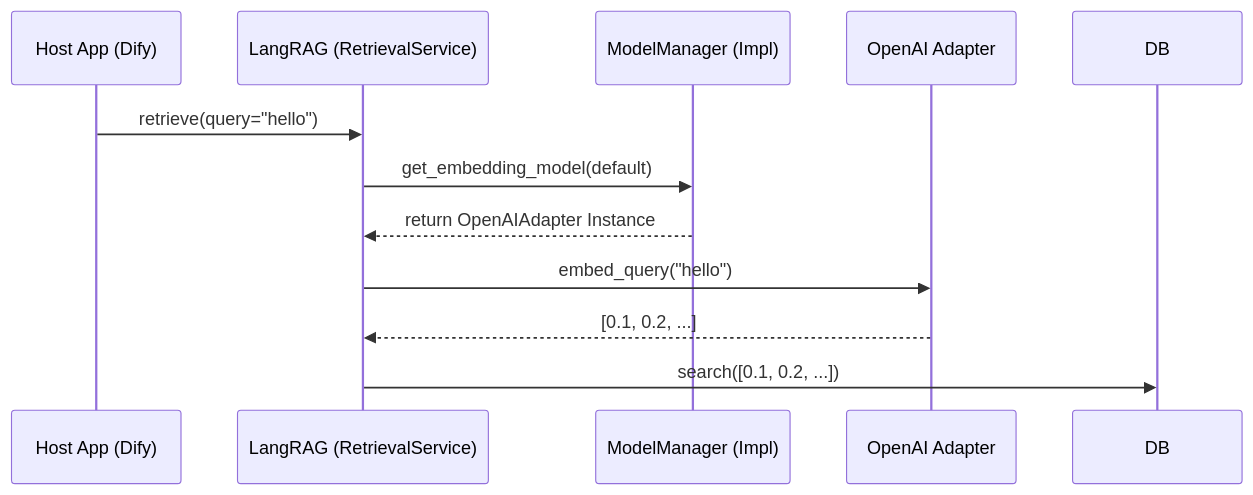
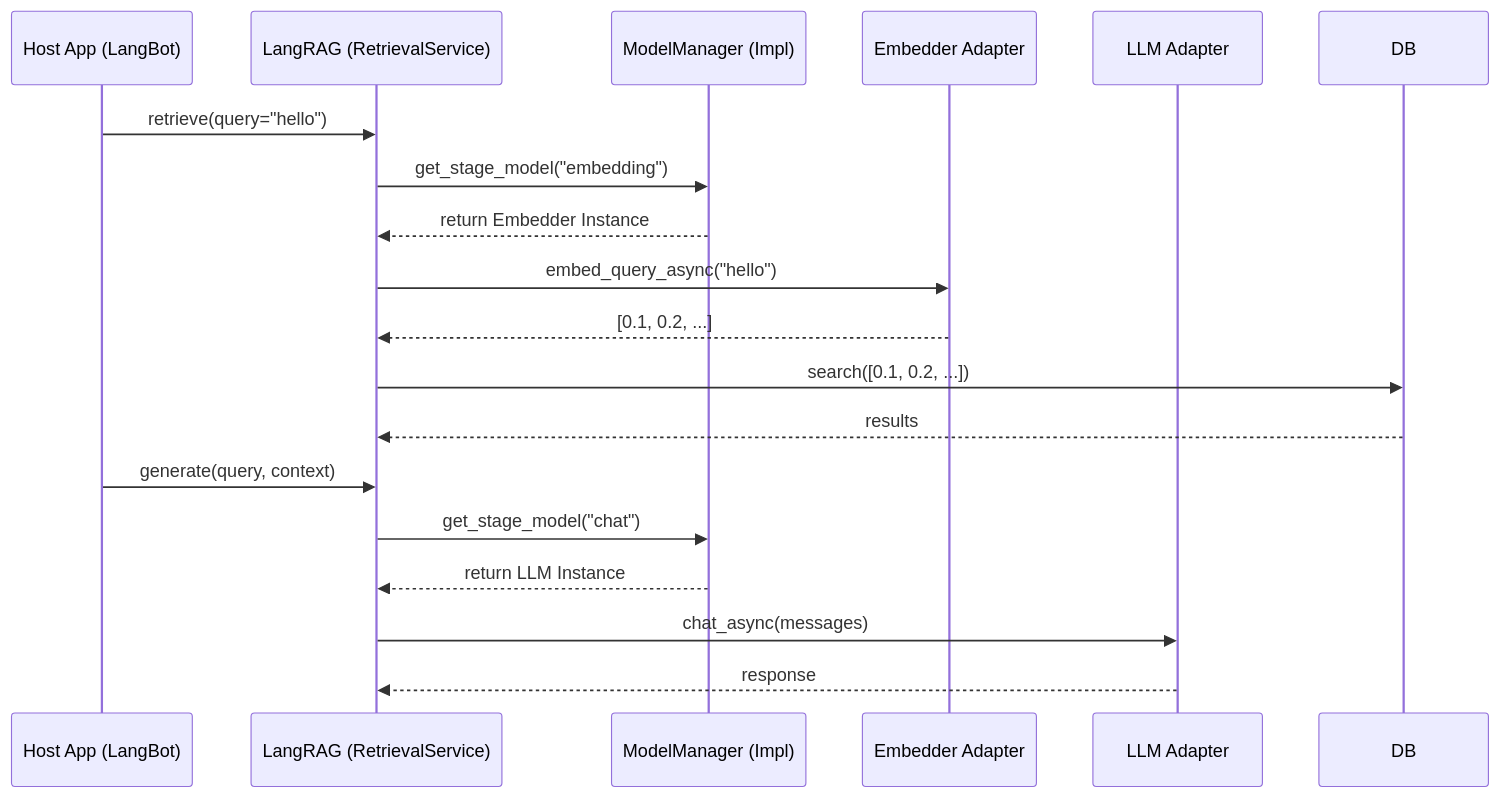
The diagram in src/langrag/llm/DESIGN.md (huanghuoguoguo/langrag), drawn with Mermaid before and after one commit. The commit also changed other lines of this file and 7 other files, not shown here.

````diff
--- a/src/langrag/llm/DESIGN.md
+++ b/src/langrag/llm/DESIGN.md
@@ -87,14 +201,22 @@
 ```mermaid
 sequenceDiagram
-    participant Host as Host App (Dify)
+    participant Host as Host App (LangBot)
     participant LR as LangRAG (RetrievalService)
     participant MM as ModelManager (Impl)
-    participant Model as OpenAI Adapter
+    participant Emb as Embedder Adapter
+    participant LLM as LLM Adapter
 
     Host->>LR: retrieve(query="hello")
-    LR->>MM: get_embedding_model(default)
-    MM-->>LR: return OpenAIAdapter Instance
-    LR->>Model: embed_query("hello")
-    Model-->>LR: [0.1, 0.2, ...]
+    LR->>MM: get_stage_model("embedding")
+    MM-->>LR: return Embedder Instance
+    LR->>Emb: embed_query_async("hello")
+    Emb-->>LR: [0.1, 0.2, ...]
     LR->>DB: search([0.1, 0.2, ...])
+    DB-->>LR: results
+
+    Host->>LR: generate(query, context)
+    LR->>MM: get_stage_model("chat")
+    MM-->>LR: return LLM Instance
+    LR->>LLM: chat_async(messages)
+    LLM-->>LR: response
 ```
````
